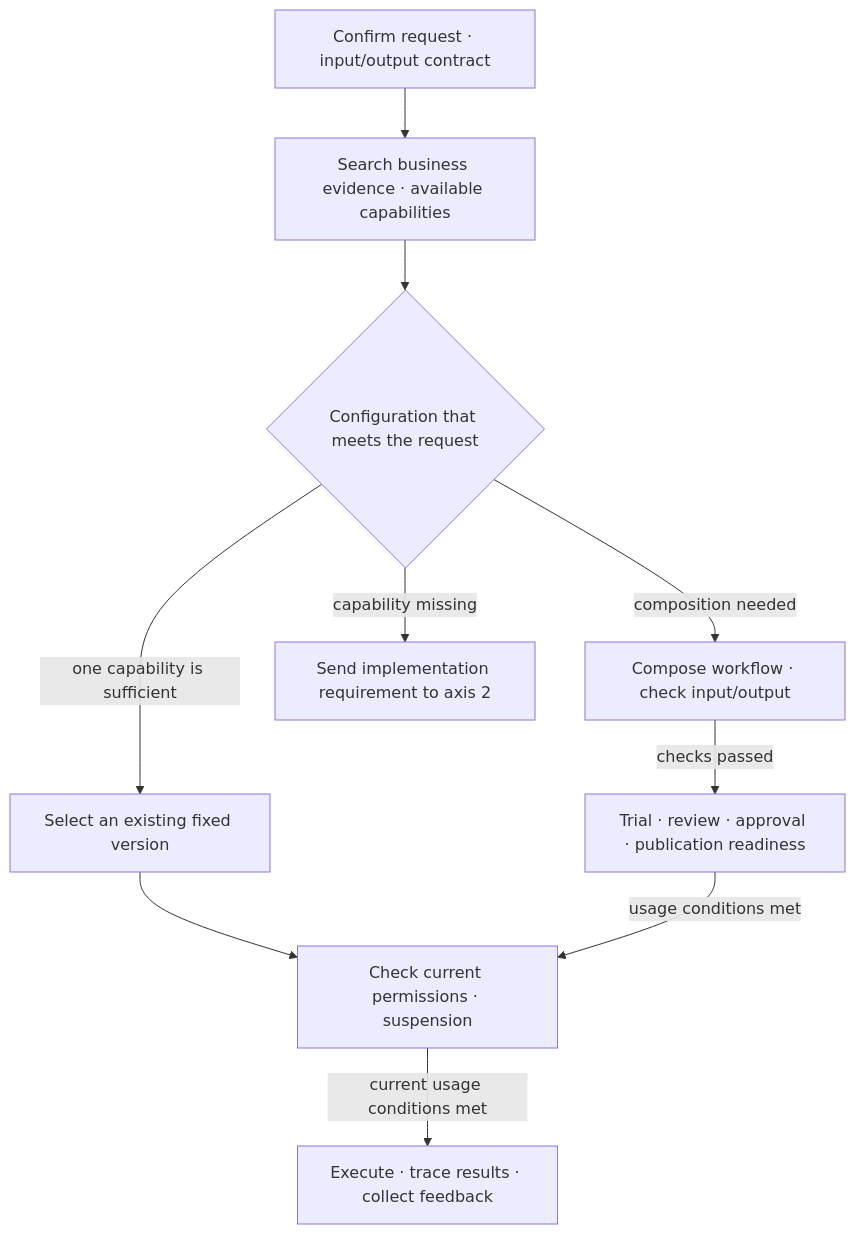
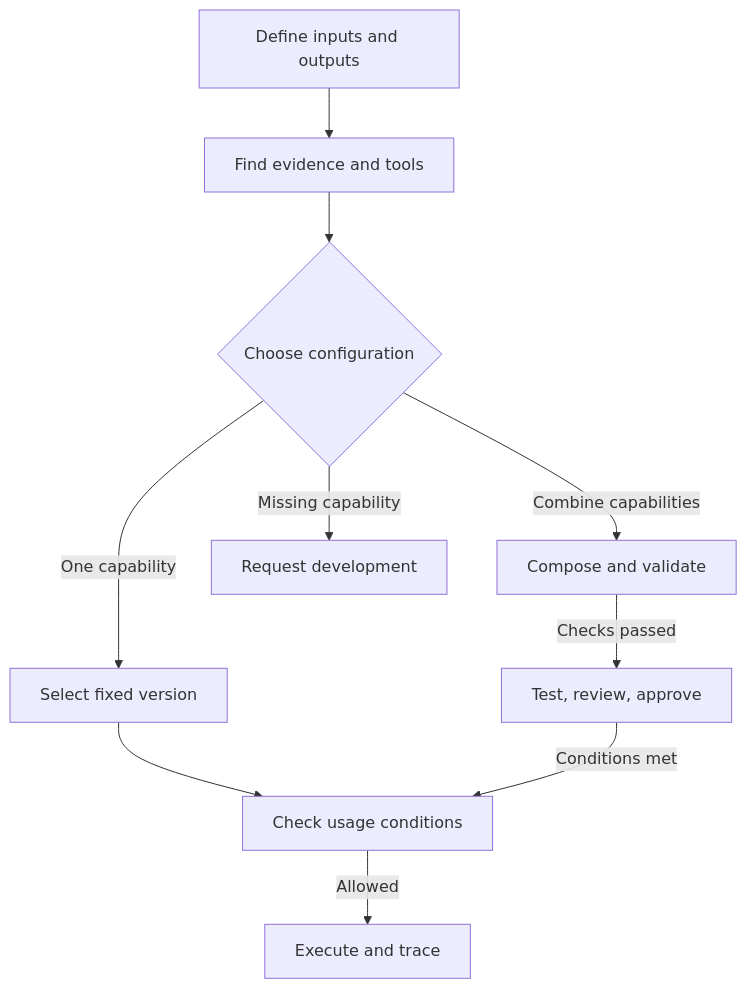
The fifth of 9 diagrams in _en/2026-11-05-enterprise-wide-ax-essentials.md (haandol/haandol.github.com), drawn with Mermaid before and after one commit. The commit also changed other lines of this file and 1 other file, not shown here.

Commit message:
docs: connect DDD knowledge and execution review loops

````diff
--- a/_en/2026-11-05-enterprise-wide-ax-essentials.md
+++ b/_en/2026-11-05-enterprise-wide-ax-essentials.md
@@ -236,12 +236,12 @@
 ```mermaid
 flowchart TB
-  I["Confirm request · input/output contract"] --> S["Search business evidence · available capabilities"]
-  S --> D{"Configuration that meets the request"}
-  D -->|"one capability is sufficient"| A["Select an existing fixed version"]
-  D -->|"composition needed"| W["Compose workflow · check input/output"]
-  D -->|"capability missing"| N["Send implementation requirement to axis 2"]
-  W -->|"checks passed"| T["Trial · review · approval · publication readiness"]
-  A --> R["Check current permissions · suspension"]
-  T -->|"usage conditions met"| R
-  R -->|"current usage conditions met"| O["Execute · trace results · collect feedback"]
+  I["Define inputs and outputs"] --> S["Find evidence and tools"]
+  S --> D{"Choose configuration"}
+  D -->|"One capability"| A["Select fixed version"]
+  D -->|"Combine capabilities"| W["Compose and validate"]
+  D -->|"Missing capability"| N["Request development"]
+  W -->|"Checks passed"| T["Test, review, approve"]
+  A --> R["Check usage conditions"]
+  T -->|"Conditions met"| R
+  R -->|"Allowed"| O["Execute and trace"]
 ```
````
